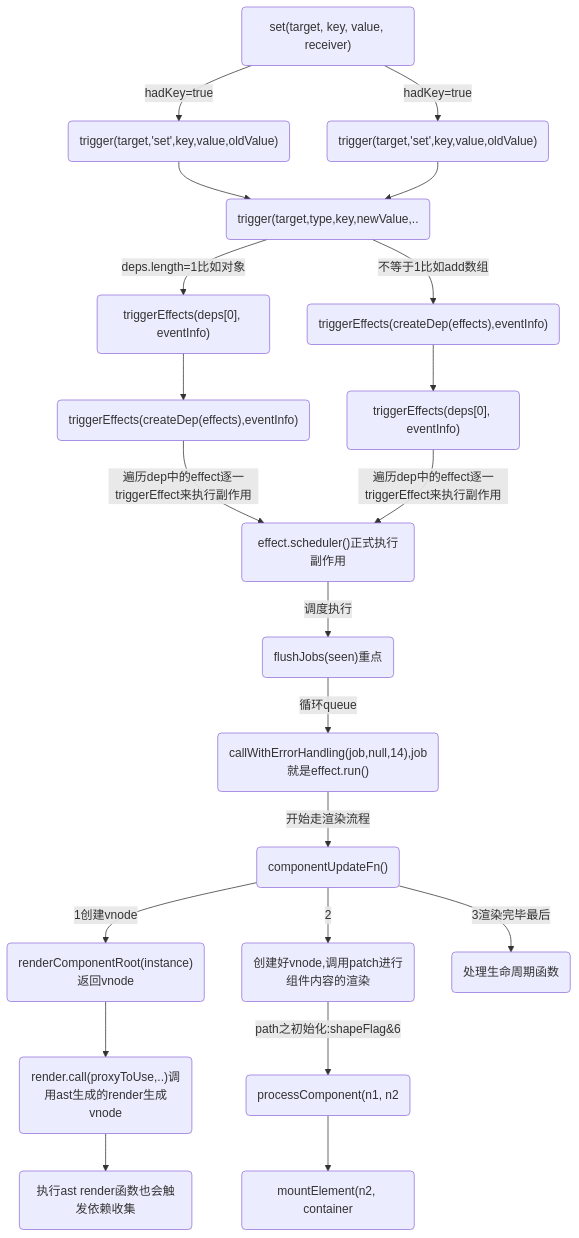
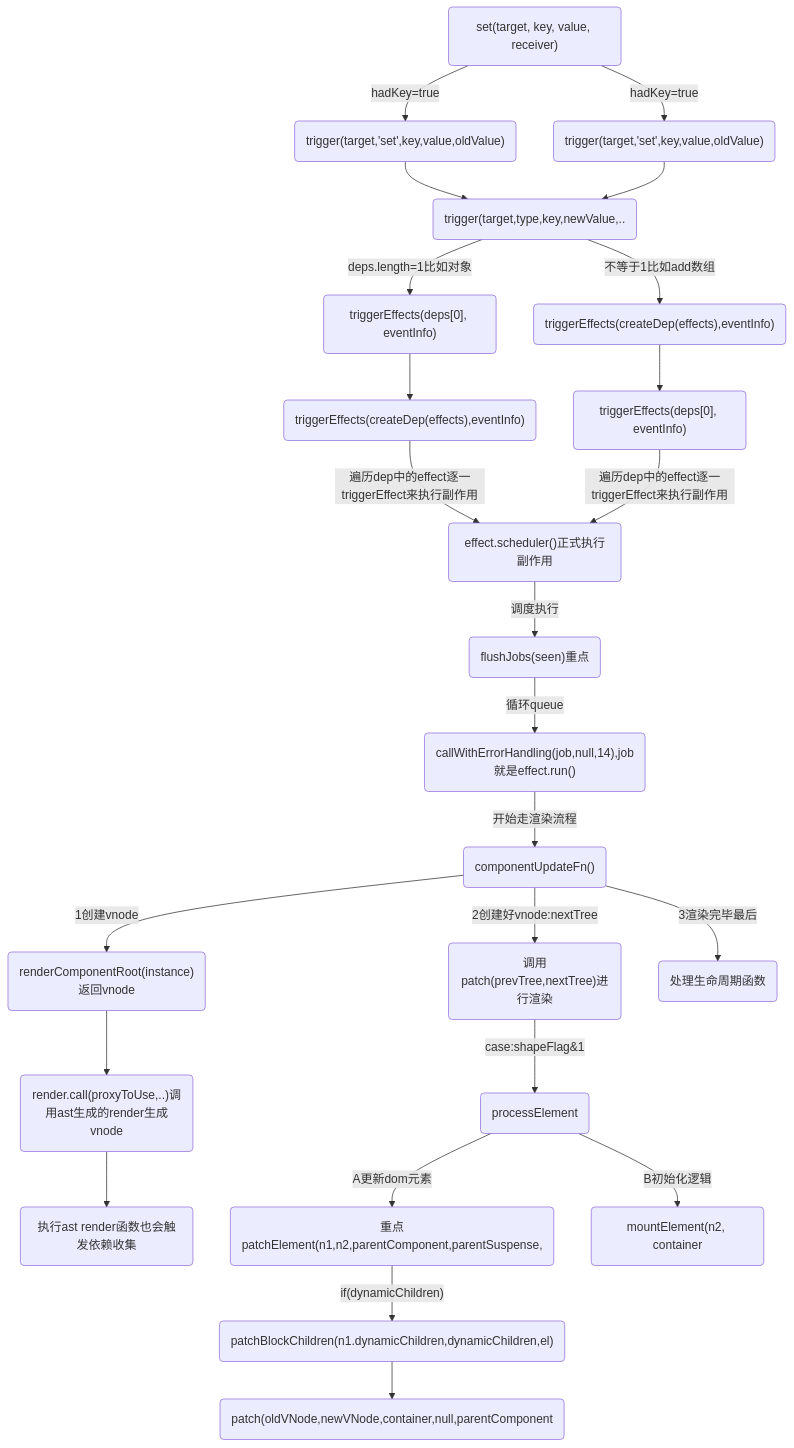
Before and after one commit to huiruo/programming-technology: the third of 7 diagrams in 01-react-vue异同.md, drawn with Mermaid. The commit also changed other lines of this file and 9 other files, not shown here.

````diff
--- a/01-react-vue异同.md
+++ b/01-react-vue异同.md
@@ -391,31 +445,35 @@
 ```mermaid
 flowchart TD
 A1("set(target, key, value, receiver)")--hadKey=true-->A2("trigger(target,'set',key,value,oldValue)")-->A4
 A1--hadKey=true-->A3("trigger(target,'set',key,value,oldValue)")-->A4
 
 A4("trigger(target,type,key,newValue,..")--deps.length=1比如对象-->B1("triggerEffects(deps[0], eventInfo)")
 
 A4--不等于1比如add数组-->B2("triggerEffects(createDep(effects),eventInfo)")
 
 B1-->B12("triggerEffects(createDep(effects),eventInfo)")
 B2-->B13("triggerEffects(deps[0], eventInfo)")
 
 B12--遍历dep中的effect逐一triggerEffect来执行副作用-->B3("triggerEffect(effect,debuggerEventExtraInfo)")
 B13--遍历dep中的effect逐一triggerEffect来执行副作用-->B3("triggerEffect(effect,debuggerEventExtraInfo)")
 
 %% B3("effect.scheduler()正式执行副作用")--调度执行-->C1
 B3("effect.scheduler()正式执行副作用")--调度执行-->C3
 
 %% C1("queueJob(job)")-->C2("queueFlush()")-->C3("flushJobs(seen)重点")--循环queue-->C4("callWithErrorHandling(job,null,14),job就是effect.run()")--开始走渲染流程-->Z1
 
 C3("flushJobs(seen)重点")--循环queue-->C4("callWithErrorHandling(job,null,14),job就是effect.run()")--开始走渲染流程-->Z1
 
 %% 渲染流程
 Z1("componentUpdateFn()")--1创建vnode-->V3("renderComponentRoot(instance)返回vnode")-->V4
 
 V4("render.call(proxyToUse,..)调用ast生成的render生成vnode")-->C41("执行ast render函数也会触发依赖收集")
 
-Z1--2-->D1("创建好vnode,调用patch进行组件内容的渲染")--path之初始化:shapeFlag&6-->D12("processComponent(n1, n2")-->D2("mountElement(n2, container")
+Z1--2创建好vnode:nextTree-->D1("调用patch(prevTree,nextTree)进行渲染")--case:shapeFlag&1-->D12("processElement")--A更新dom元素-->D2("重点patchElement(n1,n2,parentComponent,parentSuspense,")--"if(dynamicChildren)"-->E1("patchBlockChildren(n1.dynamicChildren,dynamicChildren,el)")-->E2("patch(oldVNode,newVNode,container,null,parentComponent")
 
-Z1--3渲染完毕最后-->E1("处理生命周期函数")
+D12--B初始化逻辑-->D3("mountElement(n2, container")
+
+%%("mountElement(n2, container")
+
+Z1--3渲染完毕最后-->Z2("处理生命周期函数")
 ```
````
